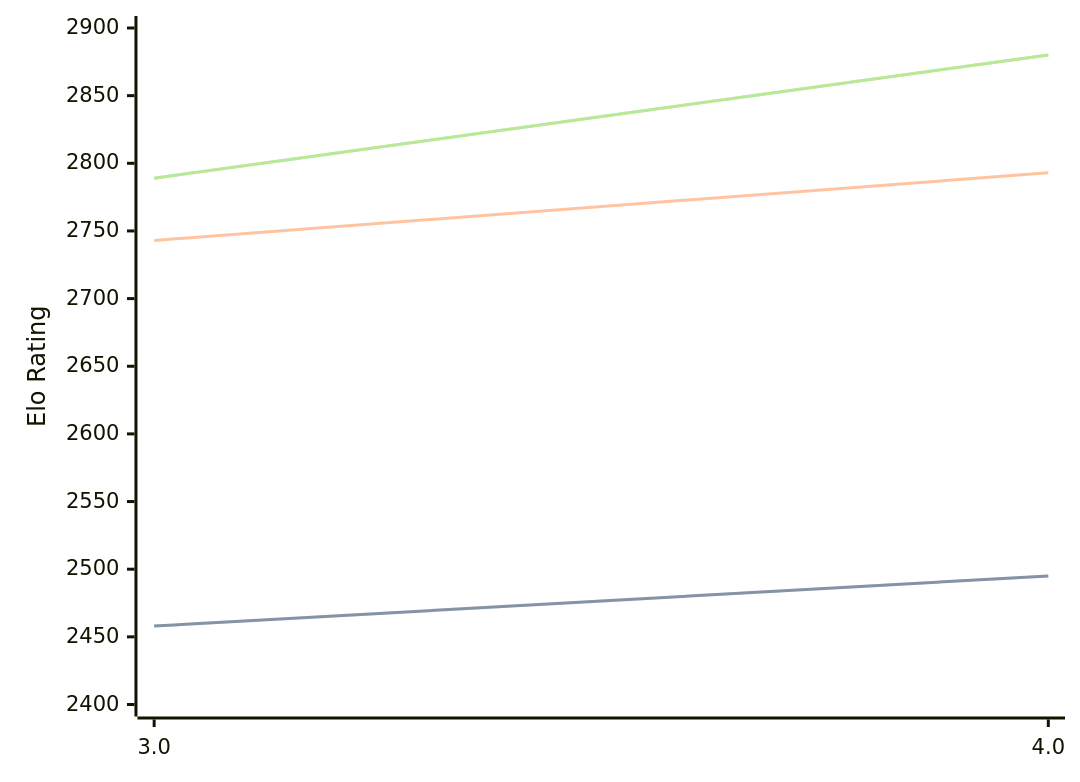
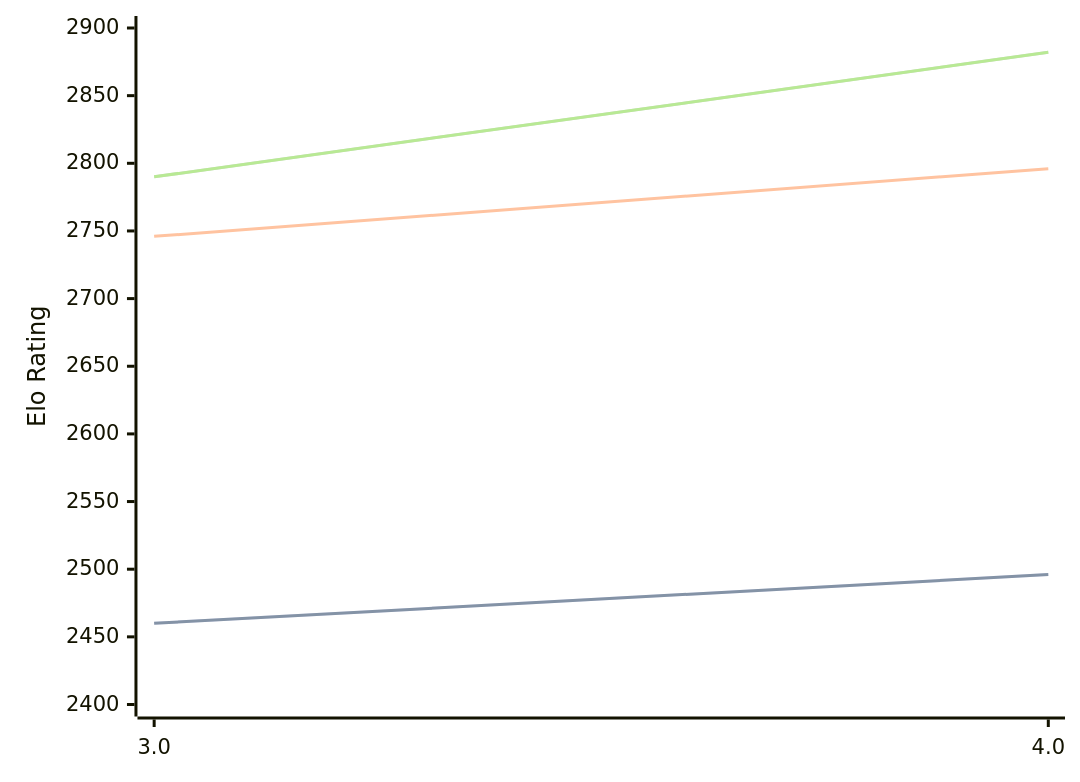
One commit to computer-chess-index/cci changed the diagram in engines/Chess3.md. Above: the diagram before and after it, drawn with Mermaid. The commit also changed other lines of this file, not shown here.

Commit message:
Update CCI Ratings (ELO VLTC) - 2026-08-09

````diff
--- a/engines/Chess3.md
+++ b/engines/Chess3.md
@@ -32,11 +32,11 @@
 ```mermaid
 %%{init: {"theme":"base","themeVariables":{"seriesColors:['#a3a3a3','#222221','#faa371']}}}%%
 xychart-beta
   x-axis ["3.0", "4.0"]
   y-axis "Elo Rating" 2400 --> 2900
-  line "STC (8.0+0.08s)" [2458, 2495]
-  line "STC (8.0+0.08s)" [2458, 2495]
-  line "LTC (60.0+0.60s)" [2743, 2793]
-  line "VLTC (2m24s+1.12s)" [2789, 2880]
-  line "VLTC (2m24s+1.12s)" [2789, 2880]
+  line "STC (8.0+0.08s)" [2460, 2496]
+  line "STC (8.0+0.08s)" [2460, 2496]
+  line "LTC (60.0+0.60s)" [2746, 2796]
+  line "VLTC (2m24s+1.12s)" [2790, 2882]
+  line "VLTC (2m24s+1.12s)" [2790, 2882]
 ```
````
